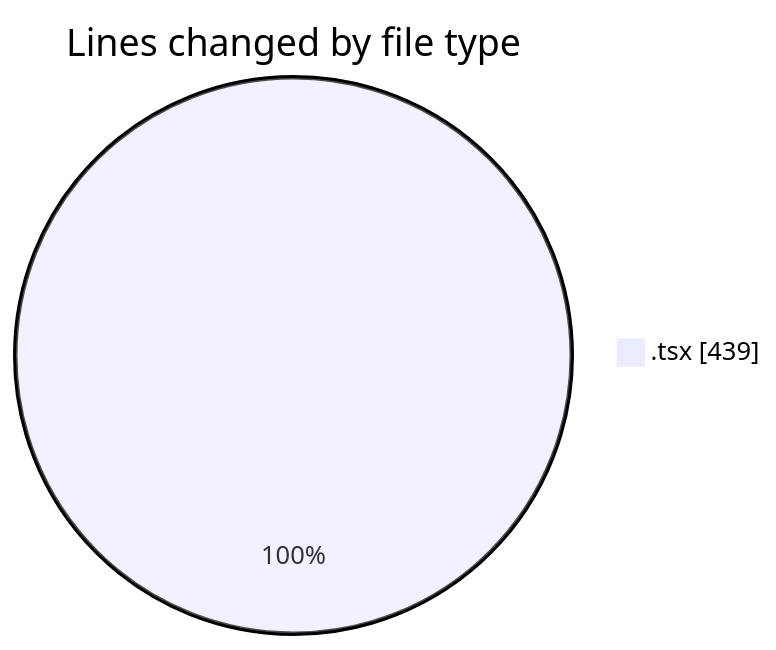
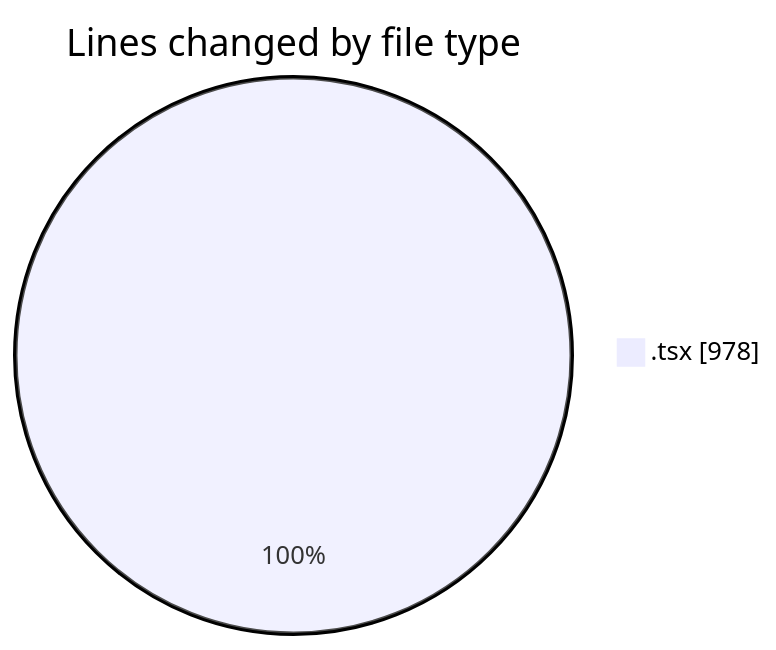
The first of 2 diagrams in 2026-07-06/nxtqube_webapp/README.md (nxtqubesakshisongat/code-tracking), drawn with Mermaid before and after one commit. The commit also changed other lines of this file and 1 other file, not shown here.

````diff
--- a/2026-07-06/nxtqube_webapp/README.md
+++ b/2026-07-06/nxtqube_webapp/README.md
@@ -22,5 +22,5 @@
 ```mermaid
 pie showData
 title Lines changed by file type
-".tsx" : 439
+".tsx" : 978
 ```
````
